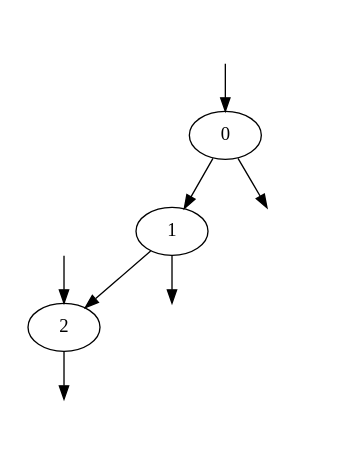
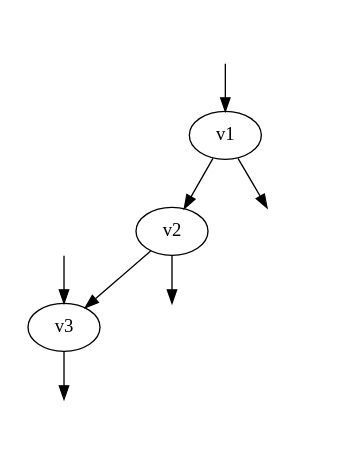
One commit to alphal00p/alphaLoopMisc changed the diagram in AmplitudeSubtractionBenchmark/dot_graphs/qqx_aaa_tree.dot. Above: the diagram before and after it, drawn with Graphviz. The commit also changed other lines of this file and 14 other files, not shown here.

```diff
--- a/AmplitudeSubtractionBenchmark/dot_graphs/qqx_aaa_tree.dot
+++ b/AmplitudeSubtractionBenchmark/dot_graphs/qqx_aaa_tree.dot
@@ -1,19 +1,21 @@
 digraph qqx_aaa_tree_1{
-graph	 [num = "1", overall_factor = "1", projector = "vbar(2,spenso::bis(4,hedge(2)))*u(1,spenso::bis(4,hedge(1)))*ϵbar(0,spenso::mink(4,hedge(0)))*ϵbar(3,spenso::mink(4,hedge(3)))*ϵbar(4,spenso::mink(4,hedge(4)))"]
+    num = "1";
+    overall_factor = "1";
+    projector = "vbar(2,spenso::bis(4,hedge(2)))*u(1,spenso::bis(4,hedge(1)))*ϵbar(0,spenso::mink(4,hedge(0)))*ϵbar(3,spenso::mink(4,hedge(3)))*ϵbar(4,spenso::mink(4,hedge(4)))";
 
-	0 [dod=0 int_id=V_71 num="-1𝑖/3*ee*spenso::g(spenso::dind(spenso::cof(3,hedge(5))),spenso::cof(3,hedge(1)))*spenso::gamma(spenso::bis(4,hedge(1)),spenso::bis(4,hedge(5)),spenso::mink(4,hedge(3)))"];
-	1 [dod=0 int_id=V_71 num="-1𝑖/3*ee*spenso::g(spenso::dind(spenso::cof(3,hedge(7))),spenso::cof(3,hedge(6)))*spenso::gamma(spenso::bis(4,hedge(6)),spenso::bis(4,hedge(7)),spenso::mink(4,hedge(4)))"];
-	2 [dod=0 int_id=V_71 num="-1𝑖/3*ee*spenso::g(spenso::dind(spenso::cof(3,hedge(2))),spenso::cof(3,hedge(8)))*spenso::gamma(spenso::bis(4,hedge(8)),spenso::bis(4,hedge(2)),spenso::mink(4,hedge(0)))"];
+	v1 [dod=0 int_id=V_71 num="-1𝑖/3*ee*spenso::g(spenso::dind(spenso::cof(3,hedge(5))),spenso::cof(3,hedge(1)))*spenso::gamma(spenso::bis(4,hedge(5)),spenso::bis(4,hedge(1)),spenso::mink(4,hedge(3)))"];
+	v2 [dod=0 int_id=V_71 num="-1𝑖/3*ee*spenso::g(spenso::dind(spenso::cof(3,hedge(7))),spenso::cof(3,hedge(6)))*spenso::gamma(spenso::bis(4,hedge(7)),spenso::bis(4,hedge(6)),spenso::mink(4,hedge(4)))"];
+	v3 [dod=0 int_id=V_71 num="-1𝑖/3*ee*spenso::g(spenso::dind(spenso::cof(3,hedge(2))),spenso::cof(3,hedge(8)))*spenso::gamma(spenso::bis(4,hedge(2)),spenso::bis(4,hedge(8)),spenso::mink(4,hedge(0)))"];
 	exte0	 [style=invis];
-	2:0	-> exte0	 [id=0 source=2  dod=-2 is_dummy=false lmb_rep="P(1,a___)+P(2,a___)-P(3,a___)-P(4,a___)" name=e0 num="1𝑖" particle="a"];
+	v3:0	-> exte0	 [id=0 source=2  dod=-2 is_dummy=false lmb_rep="P(1,a___)+P(2,a___)-P(3,a___)-P(4,a___)" name=e0 num="1𝑖" particle="a"];
 	exte1	 [style=invis];
-	exte1	-> 0:1	 [id=1 sink=1  dod=-2 is_dummy=false lmb_rep="P(1,a___)" name=e1 num="1𝑖" particle="d"];
+	exte1	-> v1:1	 [id=1 sink=1  dod=-2 is_dummy=false lmb_rep="P(1,a___)" name=e1 num="1𝑖" particle="d"];
 	exte2	 [style=invis];
-	exte2	-> 2:2	 [id=2 sink=0  dod=-2 is_dummy=false lmb_rep="P(2,a___)" name=e2 num="1𝑖" particle="d~"];
+	exte2	-> v3:2	 [id=2 sink=0  dod=-2 is_dummy=false lmb_rep="P(2,a___)" name=e2 num="1𝑖" particle="d~"];
 	exte3	 [style=invis];
-	0:3	-> exte3	 [id=3 source=2  dod=-2 is_dummy=false lmb_rep="P(3,a___)" name=e3 num="1𝑖" particle="a"];
+	v1:3	-> exte3	 [id=3 source=2  dod=-2 is_dummy=false lmb_rep="P(3,a___)" name=e3 num="1𝑖" particle="a"];
 	exte4	 [style=invis];
-	1:4	-> exte4	 [id=4 source=2  dod=-2 is_dummy=false lmb_rep="P(4,a___)" name=e4 num="1𝑖" particle="a"];
-	0:5	-> 1:6	 [id=5 source=0 sink=1  dod=-1 is_dummy=false lmb_rep="P(1,a___)-P(3,a___)" name=e5 num="spenso::g(spenso::dind(spenso::cof(3,hedge(6))),spenso::cof(3,hedge(5)))*spenso::gamma(spenso::bis(4,hedge(5)),spenso::bis(4,hedge(6)),spenso::mink(4,edge(5,1)))*Q(5,spenso::mink(4,edge(5,1)))" particle="d"];
-	1:7	-> 2:8	 [id=6 source=0 sink=1  dod=-1 is_dummy=false lmb_rep="P(1,a___)-P(3,a___)-P(4,a___)" name=e6 num="spenso::g(spenso::dind(spenso::cof(3,hedge(8))),spenso::cof(3,hedge(7)))*spenso::gamma(spenso::bis(4,hedge(7)),spenso::bis(4,hedge(8)),spenso::mink(4,edge(6,1)))*Q(6,spenso::mink(4,edge(6,1)))" particle="d"];
+	v2:4	-> exte4	 [id=4 source=2  dod=-2 is_dummy=false lmb_rep="P(4,a___)" name=e4 num="1𝑖" particle="a"];
+	v1:5	-> v2:6	 [id=5 source=0 sink=1  dod=-1 is_dummy=false lmb_rep="P(1,a___)-P(3,a___)" name=e5 num="spenso::g(spenso::dind(spenso::cof(3,hedge(6))),spenso::cof(3,hedge(5)))*spenso::gamma(spenso::bis(4,hedge(6)),spenso::bis(4,hedge(5)),spenso::mink(4,edge(5,1)))*Q(5,spenso::mink(4,edge(5,1)))" particle="d"];
+	v2:7	-> v3:8	 [id=6 source=0 sink=1  dod=-1 is_dummy=false lmb_rep="P(1,a___)-P(3,a___)-P(4,a___)" name=e6 num="spenso::g(spenso::dind(spenso::cof(3,hedge(8))),spenso::cof(3,hedge(7)))*spenso::gamma(spenso::bis(4,hedge(8)),spenso::bis(4,hedge(7)),spenso::mink(4,edge(6,1)))*Q(6,spenso::mink(4,edge(6,1)))" particle="d"];
 }
```
